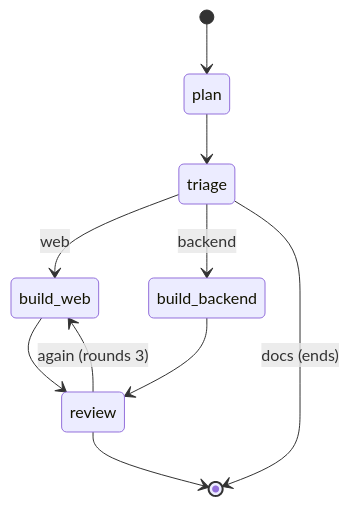
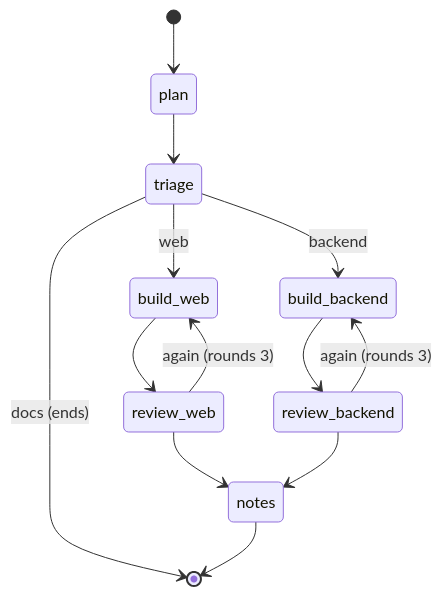
One commit to emyann/nemia changed the second of 2 diagrams in docs/design-2026-09-29-routing.md. Above: the diagram before and after it, drawn with Mermaid. The commit also changed other lines of this file, not shown here.

````diff
--- a/docs/design-2026-09-29-routing.md
+++ b/docs/design-2026-09-29-routing.md
@@ -483,12 +498,15 @@
 ```mermaid
 stateDiagram-v2
   [*] --> plan
   plan --> triage
   triage --> build_web: web
   triage --> build_backend: backend
   triage --> [*]: docs (ends)
-  build_web --> review
-  build_backend --> review
-  review --> build_web: again (rounds 3)
-  review --> [*]
+  build_web --> review_web
+  review_web --> build_web: again (rounds 3)
+  build_backend --> review_backend
+  review_backend --> build_backend: again (rounds 3)
+  review_web --> notes
+  review_backend --> notes
+  notes --> [*]
 ```
````
